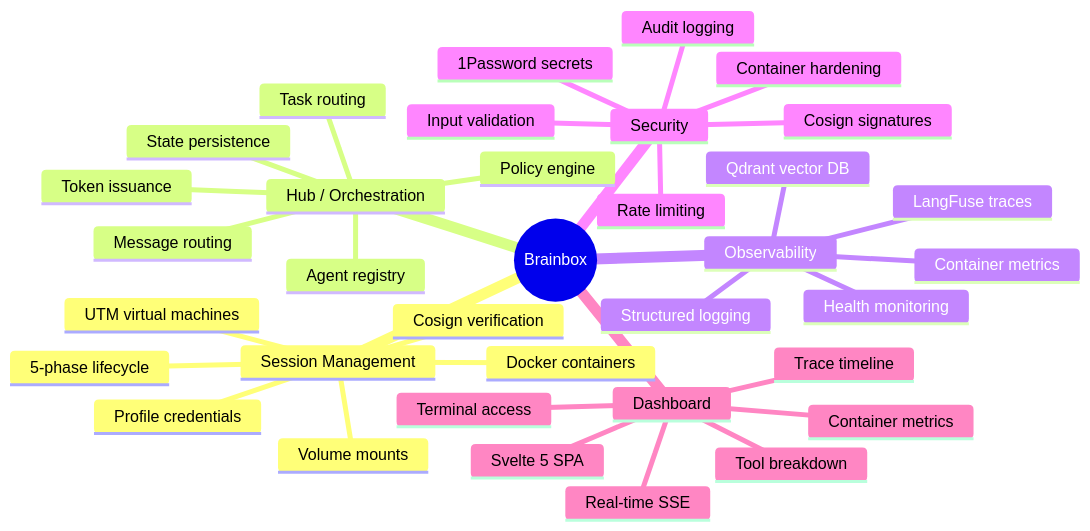
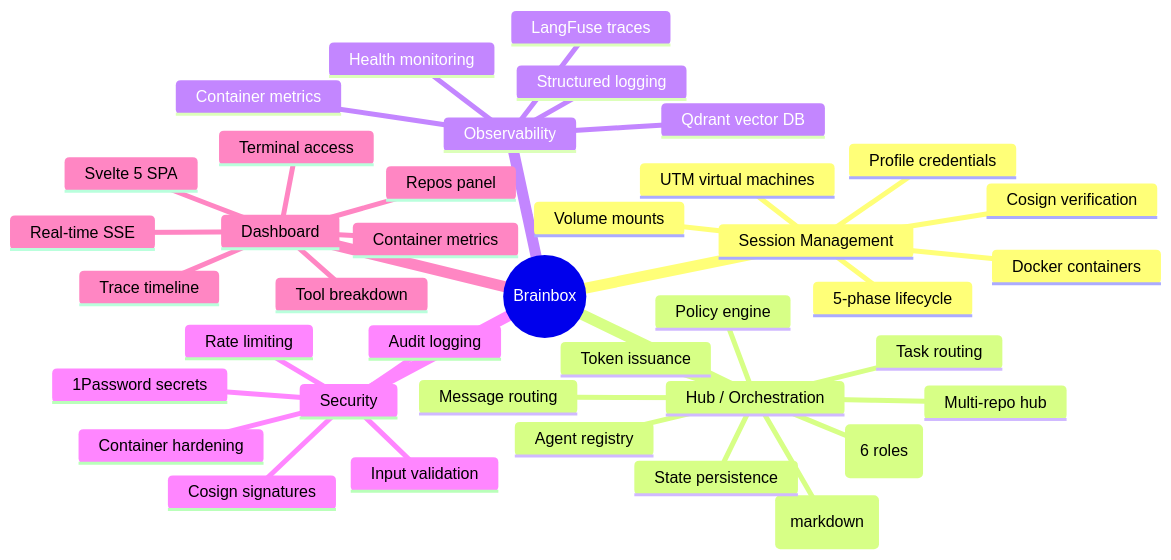
Before and after one commit to neverprepared/ink-bunny: the second of 2 diagrams in docs/brainbox/README.md, drawn with Mermaid. The commit also changed other lines of this file and 42 other files, not shown here.

````diff
--- a/docs/brainbox/README.md
+++ b/docs/brainbox/README.md
@@ -102,38 +102,42 @@
 ```mermaid
 mindmap
   root((Brainbox))
     Session Management
       Docker containers
       UTM virtual machines
       5-phase lifecycle
       Cosign verification
       Volume mounts
       Profile credentials
     Hub / Orchestration
       Agent registry
+      Role system (6 roles)
+      Role prompts (markdown)
       Token issuance
       Task routing
       Message routing
       Policy engine
+      Multi-repo hub
       State persistence
     Observability
       LangFuse traces
       Qdrant vector DB
       Container metrics
       Health monitoring
       Structured logging
     Security
       1Password secrets
       Cosign signatures
       Rate limiting
       Input validation
       Audit logging
       Container hardening
     Dashboard
       Svelte 5 SPA
       Real-time SSE
       Container metrics
       Terminal access
+      Repos panel
       Trace timeline
       Tool breakdown
 ```
````
